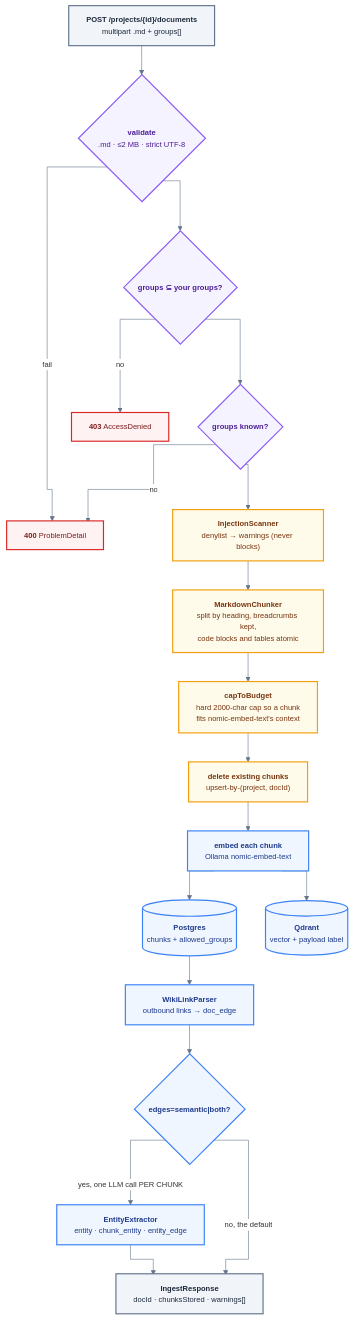
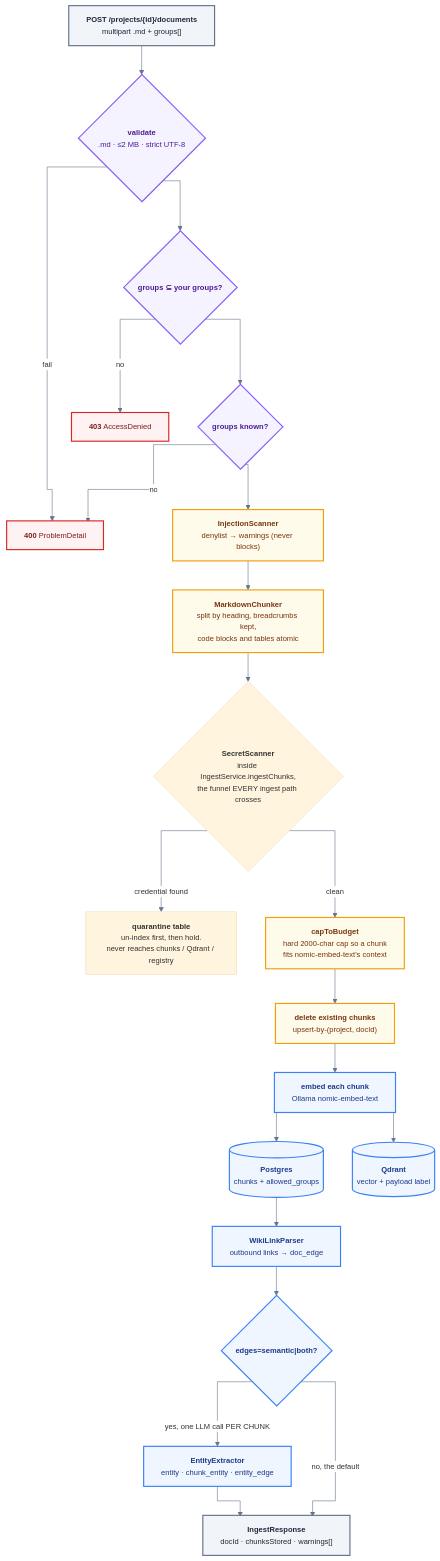
The fifth of 6 diagrams in docs/ARCHITECTURE.md (haidakto321/springboot-rag), drawn with Mermaid before and after one commit. The commit also changed other lines of this file and 8 other files, not shown here.

````diff
--- a/docs/ARCHITECTURE.md
+++ b/docs/ARCHITECTURE.md
@@ -289,34 +289,36 @@
 ```mermaid
 %%{init: {'theme':'base', 'flowchart': {'curve':'stepAfter'}, 'themeVariables': {'fontSize':'13px', 'fontFamily':'Segoe UI, Arial', 'lineColor':'#64748b', 'edgeLabelBackground':'#ffffff'}}}%%
 flowchart TB
     UP["<b>POST /projects/{id}/documents</b><br/>multipart .md + groups[]"] --> V1{"<b>validate</b><br/>.md · ≤2 MB · strict UTF-8"}
     V1 -->|fail| E400["<b>400</b> ProblemDetail"]
     V1 --> V2{"<b>groups ⊆ your groups?</b>"}
     V2 -->|no| E403["<b>403</b> AccessDenied"]
     V2 --> V3{"<b>groups known?</b>"}
     V3 -->|no| E400
     V3 --> SCAN["<b>InjectionScanner</b><br/>denylist → warnings (never blocks)"]
     SCAN --> CH["<b>MarkdownChunker</b><br/>split by heading, breadcrumbs kept,<br/>code blocks and tables atomic"]
-    CH --> CAP["<b>capToBudget</b><br/>hard 2000-char cap so a chunk<br/>fits nomic-embed-text's context"]
+    CH --> SEC{"<b>SecretScanner</b><br/>inside IngestService.ingestChunks,<br/>the funnel EVERY ingest path crosses"}
+    SEC -->|credential found| QUAR["<b>quarantine table</b><br/>un-index first, then hold.<br/>never reaches chunks / Qdrant / registry"]
+    SEC -->|clean| CAP["<b>capToBudget</b><br/>hard 2000-char cap so a chunk<br/>fits nomic-embed-text's context"]
     CAP --> DEL["<b>delete existing chunks</b><br/>upsert-by-(project, docId)"]
     DEL --> EMB["<b>embed each chunk</b><br/>Ollama nomic-embed-text"]
     EMB --> W1[("<b>Postgres</b><br/>chunks + allowed_groups")]
     EMB --> W2[("<b>Qdrant</b><br/>vector + payload label")]
     W1 --> EDGE["<b>WikiLinkParser</b><br/>outbound links → doc_edge"]
     EDGE --> ENT{"<b>edges=semantic|both?</b>"}
     ENT -->|yes, one LLM call PER CHUNK| EX["<b>EntityExtractor</b><br/>entity · chunk_entity · entity_edge"]
     ENT -->|no, the default| DONE["<b>IngestResponse</b><br/>docId · chunksStored · warnings[]"]
     EX --> DONE
 
     classDef blue stroke:#3b82f6,fill:#eff6ff,stroke-width:2px,color:#1e3a8a
     classDef purple stroke:#8b5cf6,fill:#f5f3ff,stroke-width:2px,color:#4c1d95
     classDef amber stroke:#f59e0b,fill:#fffbeb,stroke-width:2px,color:#78350f
     classDef red stroke:#dc2626,fill:#fef2f2,stroke-width:2px,color:#7f1d1d
     classDef grey stroke:#64748b,fill:#f1f5f9,stroke-width:2px,color:#1e293b
 
     class UP,DONE grey
     class V1,V2,V3 purple
     class E400,E403 red
     class SCAN,CH,CAP,DEL amber
     class EMB,W1,W2,EDGE,EX,ENT blue
 ```
````
